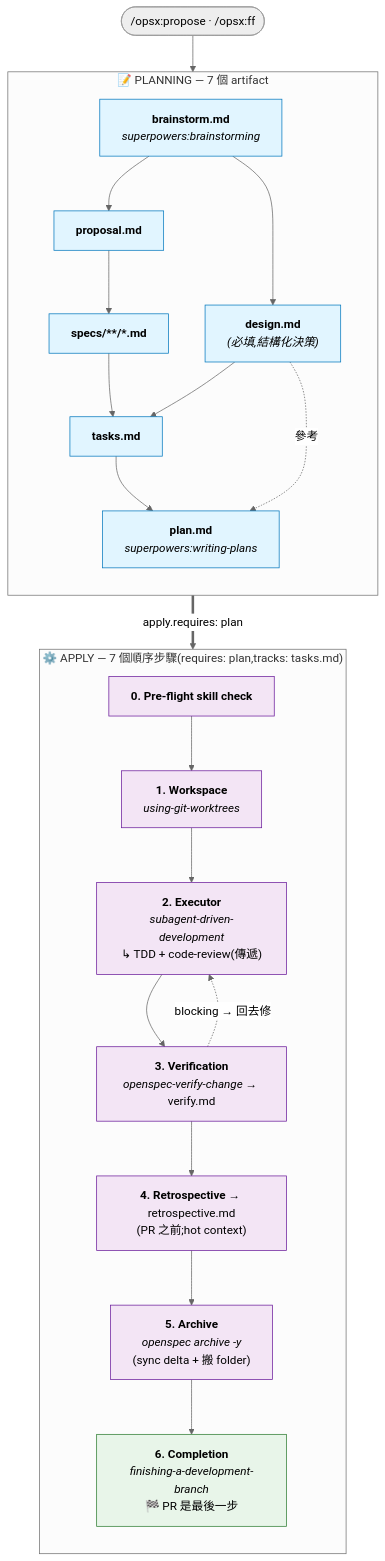
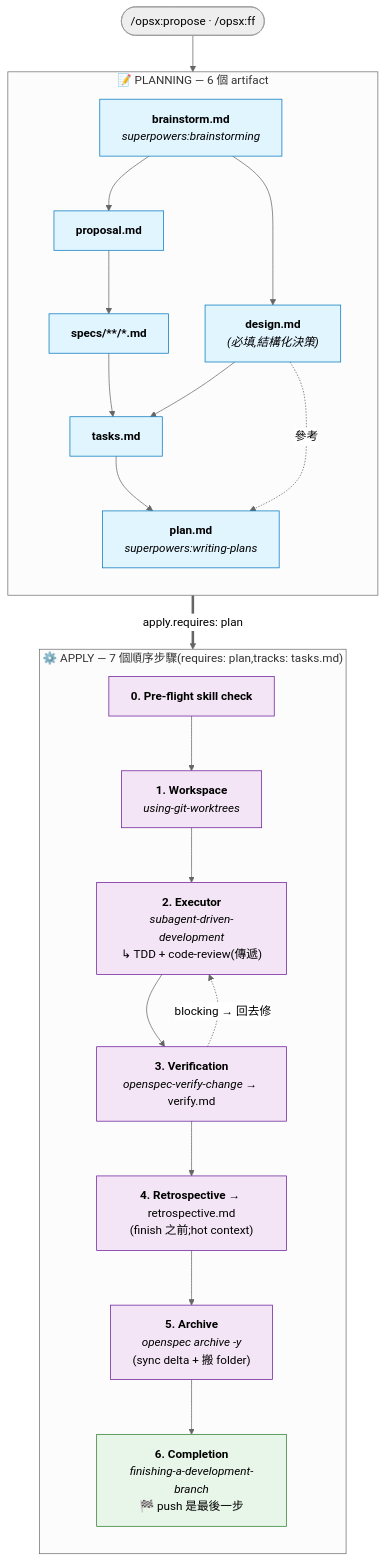
Before and after one commit to AdrianTheopold/openspec-schemas: the diagram in superpowers-bridge/README.zh-TW.md, drawn with Mermaid (neutral theme). The commit also changed other lines of this file and 2 other files, not shown here.

Commit message:
docs(bridge): fix chain (add design), grep-anchor, artifact count, step-number/2a-2b label drift + push-only label consistency (M7/L1/L4/L5)

````diff
--- a/superpowers-bridge/README.zh-TW.md
+++ b/superpowers-bridge/README.zh-TW.md
@@ -221,48 +221,48 @@
 ```mermaid
 flowchart TD
     Start([/opsx:propose · /opsx:ff])
 
-    subgraph Plan ["📝 PLANNING — 7 個 artifact"]
+    subgraph Plan ["📝 PLANNING — 6 個 artifact"]
         direction TB
         BS["<b>brainstorm.md</b><br/><i>superpowers:brainstorming</i>"]
         PROP["<b>proposal.md</b>"]
         DES["<b>design.md</b><br/><i>(必填,結構化決策)</i>"]
         SP["<b>specs/**/*.md</b>"]
         TK["<b>tasks.md</b>"]
         PL["<b>plan.md</b><br/><i>superpowers:writing-plans</i>"]
 
         BS --> PROP
         BS --> DES
         PROP --> SP
         SP --> TK
         DES --> TK
         TK --> PL
         DES -. 參考 .-> PL
     end
 
     subgraph Apply ["⚙️ APPLY — 7 個順序步驟(requires: plan,tracks: tasks.md)"]
         direction TB
         A0["<b>0. Pre-flight skill check</b>"]
         A1["<b>1. Workspace</b><br/><i>using-git-worktrees</i>"]
         A2["<b>2. Executor</b><br/><i>subagent-driven-development</i><br/>↳ TDD + code-review(傳遞)"]
         A3["<b>3. Verification</b><br/><i>openspec-verify-change</i> → verify.md"]
-        A4["<b>4. Retrospective</b> → retrospective.md<br/>(PR 之前;hot context)"]
+        A4["<b>4. Retrospective</b> → retrospective.md<br/>(finish 之前;hot context)"]
         A5["<b>5. Archive</b><br/><i>openspec archive -y</i><br/>(sync delta + 搬 folder)"]
-        A6["<b>6. Completion</b><br/><i>finishing-a-development-branch</i><br/>🏁 PR 是最後一步"]
+        A6["<b>6. Completion</b><br/><i>finishing-a-development-branch</i><br/>🏁 push 是最後一步"]
 
         A0 --> A1 --> A2 --> A3
         A3 -. blocking → 回去修 .-> A2
         A3 --> A4 --> A5 --> A6
     end
 
     Start --> BS
     PL ==>|apply.requires: plan| A0
 
     classDef artifact fill:#e1f5ff,stroke:#0277bd,color:#000
     classDef step fill:#f3e5f5,stroke:#6a1b9a,color:#000
     classDef capstone fill:#e8f5e9,stroke:#2e7d32,color:#000
 
     class BS,PROP,DES,SP,TK,PL artifact
     class A0,A1,A2,A3,A4,A5 step
     class A6 capstone
 ```
````
